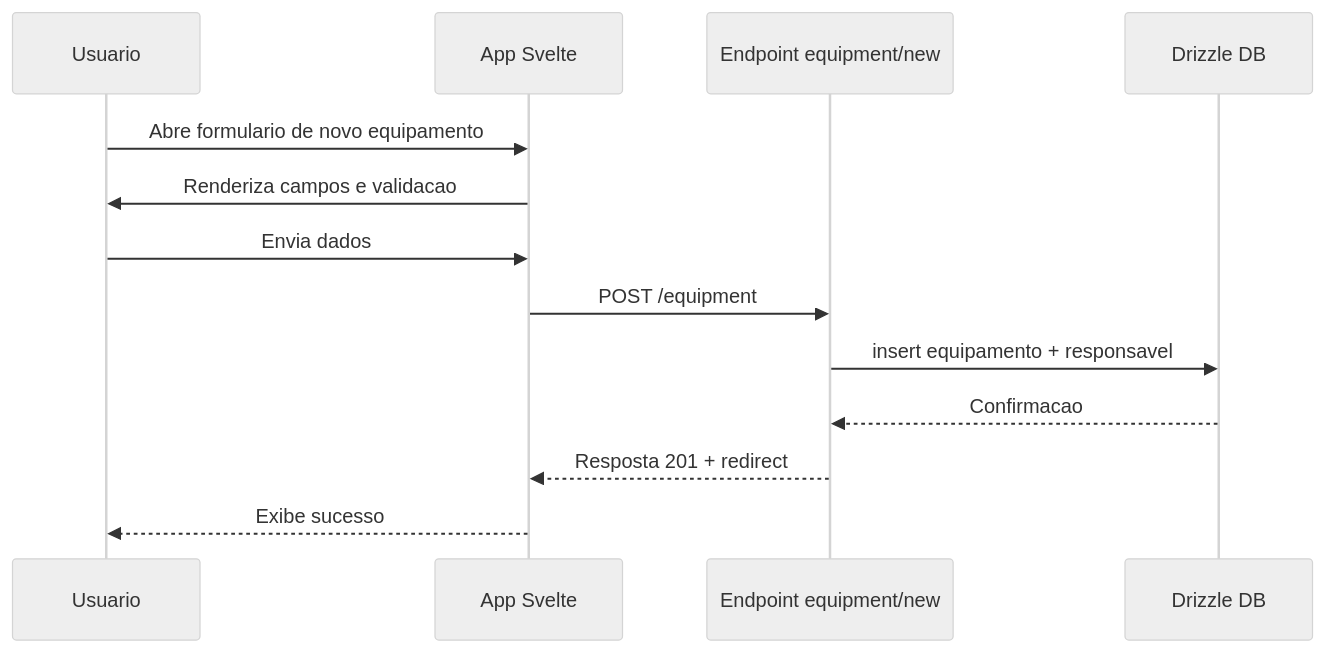
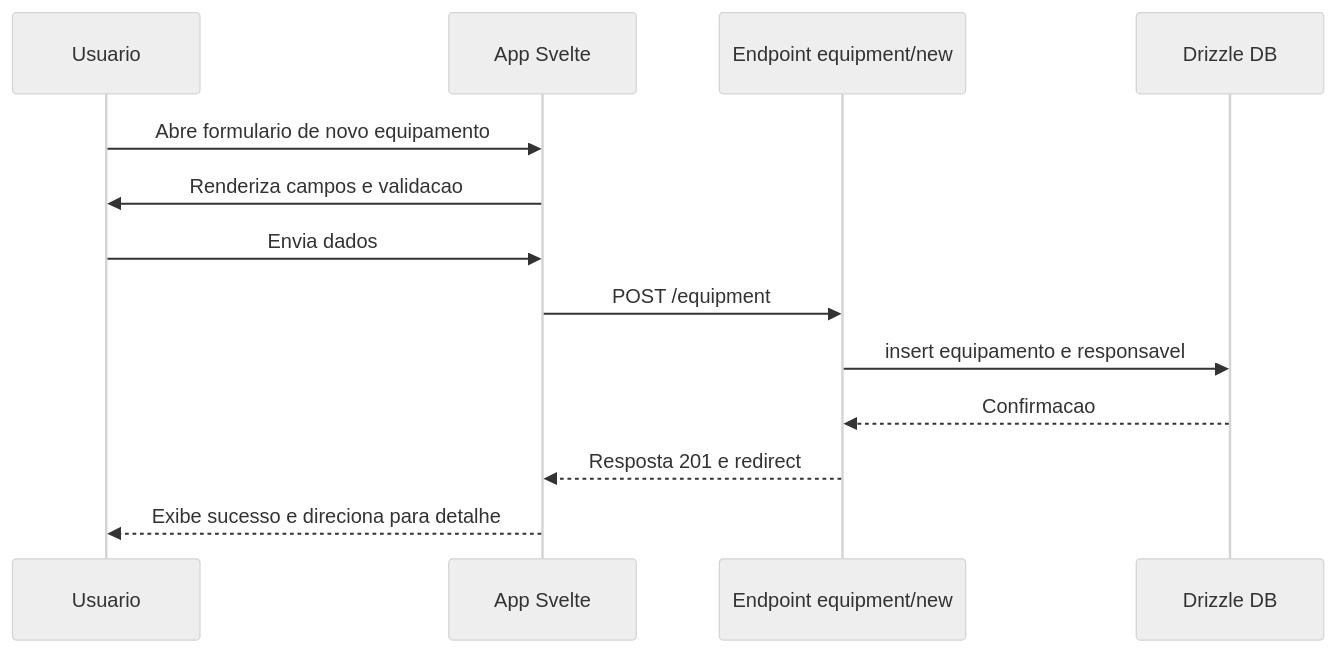
One commit to ideiascasa/Controle-de-Equipamentos changed the first of 3 diagrams in SPEC.md. Above: the diagram before and after it, drawn with Mermaid (neutral theme). The commit also changed other lines of this file and 4 other files, not shown here.

````diff
--- a/SPEC.md
+++ b/SPEC.md
@@ -34,15 +40,15 @@
 ```mermaid
 sequenceDiagram
     participant U as Usuario
     participant UI as App Svelte
     participant SV as Endpoint equipment/new
     participant DB as Drizzle DB
     U->>UI: Abre formulario de novo equipamento
     UI->>U: Renderiza campos e validacao
     U->>UI: Envia dados
     UI->>SV: POST /equipment
-    SV->>DB: insert equipamento + responsavel
+    SV->>DB: insert equipamento e responsavel
     DB-->>SV: Confirmacao
-    SV-->>UI: Resposta 201 + redirect
-    UI-->>U: Exibe sucesso
+    SV-->>UI: Resposta 201 e redirect
+    UI-->>U: Exibe sucesso e direciona para detalhe
 ```
````
